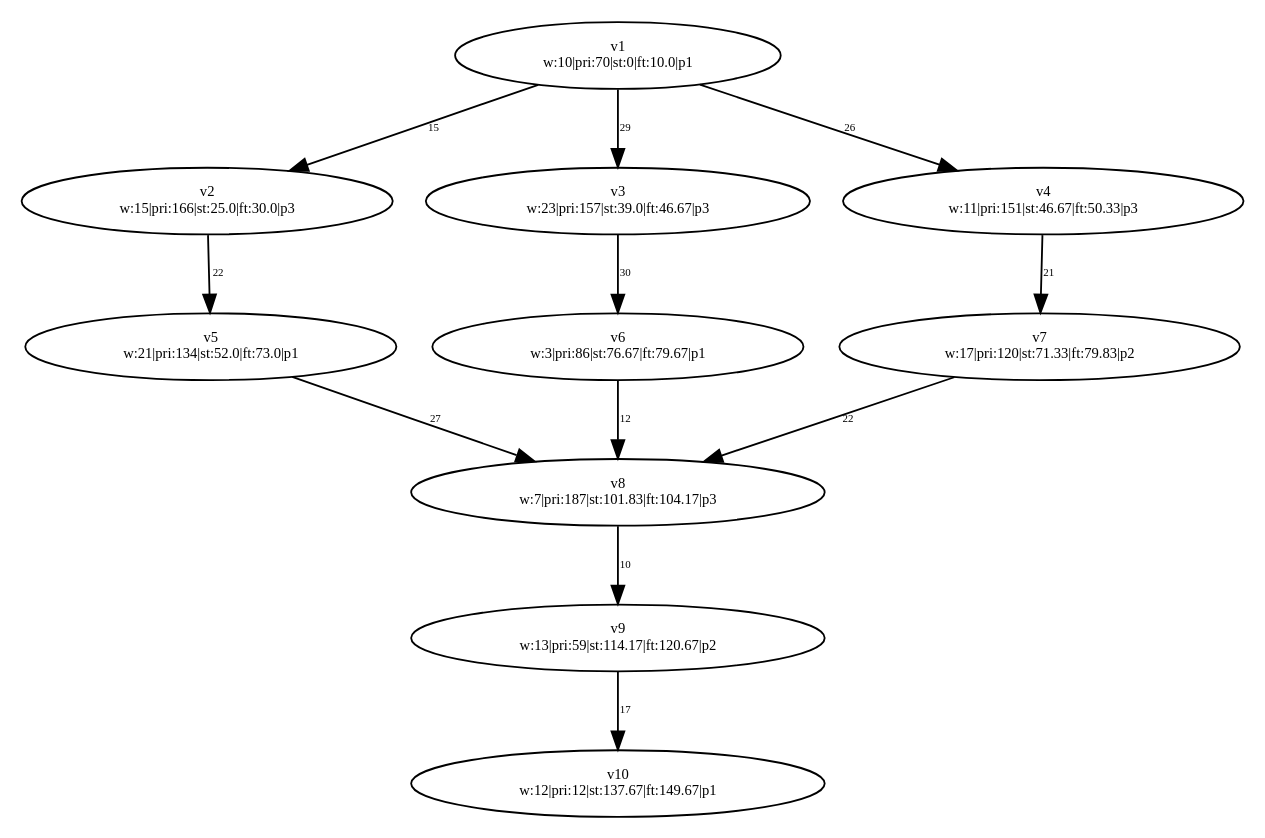
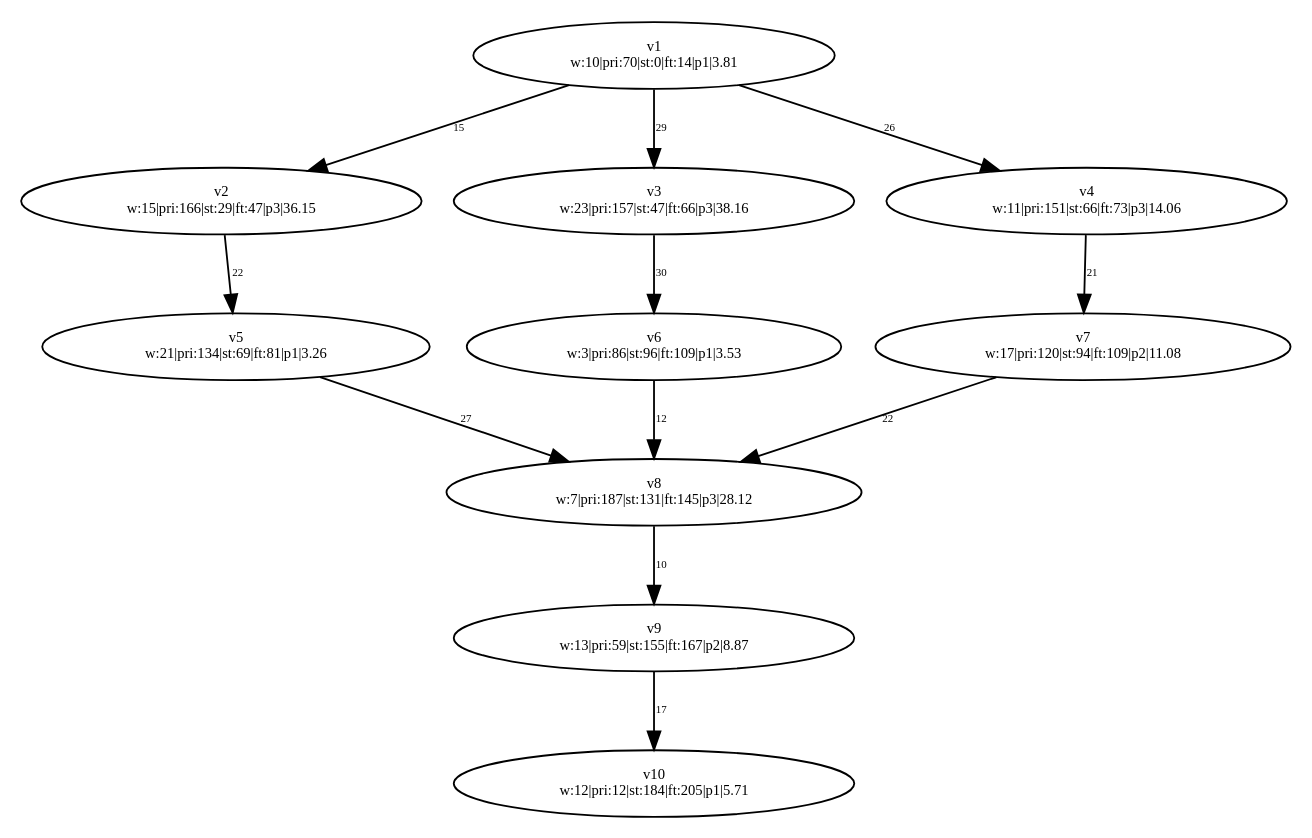
The diagram in PythonApplication1/PythonApplication1/test-output/slika_5.gv (dexters1/Task-Scheduling-Based-on-Genetic-Algorithms), drawn with Graphviz before and after one commit. The commit also changed 36 other files, not shown here.

```diff
--- a/PythonApplication1/PythonApplication1/test-output/slika_5.gv
+++ b/PythonApplication1/PythonApplication1/test-output/slika_5.gv
@@ -1,33 +1,33 @@
 digraph {
 	v1 [label="v1
-w:10|pri:70|st:0|ft:10.0|p1" fontsize=8.0]
+w:10|pri:70|st:0|ft:14|p1|3.81" fontsize=8.0]
 	v2 [label="v2
-w:15|pri:166|st:25.0|ft:30.0|p3" fontsize=8.0]
+w:15|pri:166|st:29|ft:47|p3|36.15" fontsize=8.0]
 	v3 [label="v3
-w:23|pri:157|st:39.0|ft:46.67|p3" fontsize=8.0]
+w:23|pri:157|st:47|ft:66|p3|38.16" fontsize=8.0]
 	v4 [label="v4
-w:11|pri:151|st:46.67|ft:50.33|p3" fontsize=8.0]
+w:11|pri:151|st:66|ft:73|p3|14.06" fontsize=8.0]
 	v5 [label="v5
-w:21|pri:134|st:52.0|ft:73.0|p1" fontsize=8.0]
+w:21|pri:134|st:69|ft:81|p1|3.26" fontsize=8.0]
 	v7 [label="v7
-w:17|pri:120|st:71.33|ft:79.83|p2" fontsize=8.0]
+w:17|pri:120|st:94|ft:109|p2|11.08" fontsize=8.0]
 	v6 [label="v6
-w:3|pri:86|st:76.67|ft:79.67|p1" fontsize=8.0]
+w:3|pri:86|st:96|ft:109|p1|3.53" fontsize=8.0]
 	v8 [label="v8
-w:7|pri:187|st:101.83|ft:104.17|p3" fontsize=8.0]
+w:7|pri:187|st:131|ft:145|p3|28.12" fontsize=8.0]
 	v9 [label="v9
-w:13|pri:59|st:114.17|ft:120.67|p2" fontsize=8.0]
+w:13|pri:59|st:155|ft:167|p2|8.87" fontsize=8.0]
 	v10 [label="v10
-w:12|pri:12|st:137.67|ft:149.67|p1" fontsize=8.0]
+w:12|pri:12|st:184|ft:205|p1|5.71" fontsize=8.0]
 	v1 -> v2 [label=15 constraint=true fontsize=6.0]
 	v1 -> v3 [label=29 constraint=true fontsize=6.0]
 	v1 -> v4 [label=26 constraint=true fontsize=6.0]
 	v2 -> v5 [label=22 constraint=true fontsize=6.0]
 	v3 -> v6 [label=30 constraint=true fontsize=6.0]
 	v4 -> v7 [label=21 constraint=true fontsize=6.0]
 	v5 -> v8 [label=27 constraint=true fontsize=6.0]
 	v6 -> v8 [label=12 constraint=true fontsize=6.0]
 	v7 -> v8 [label=22 constraint=true fontsize=6.0]
 	v8 -> v9 [label=10 constraint=true fontsize=6.0]
 	v9 -> v10 [label=17 constraint=true fontsize=6.0]
 }
```
